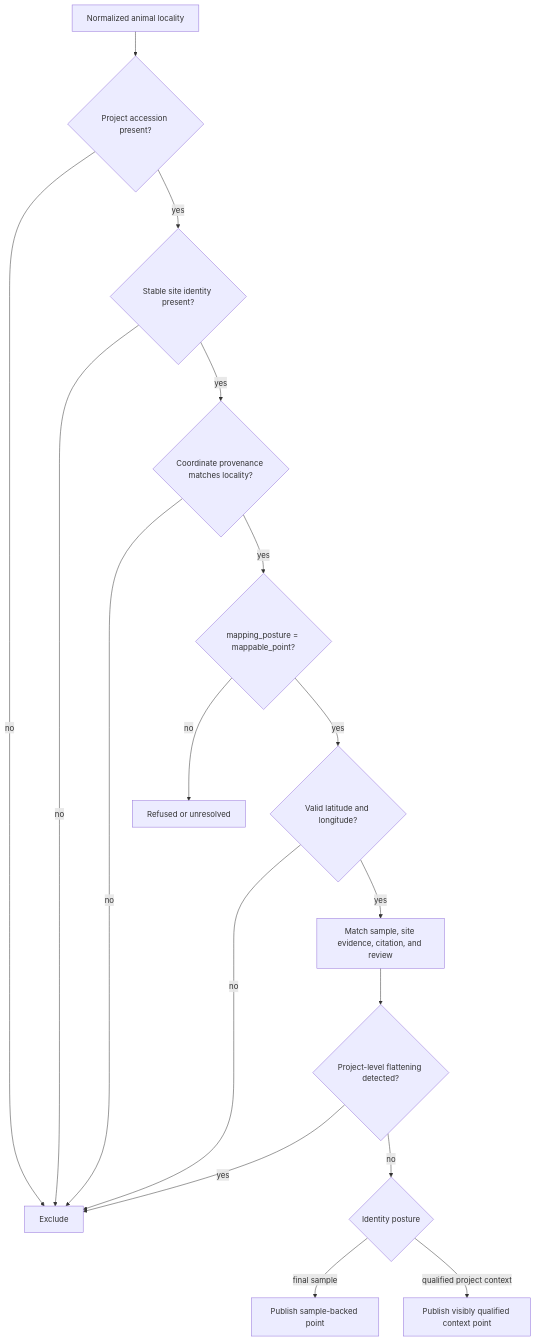
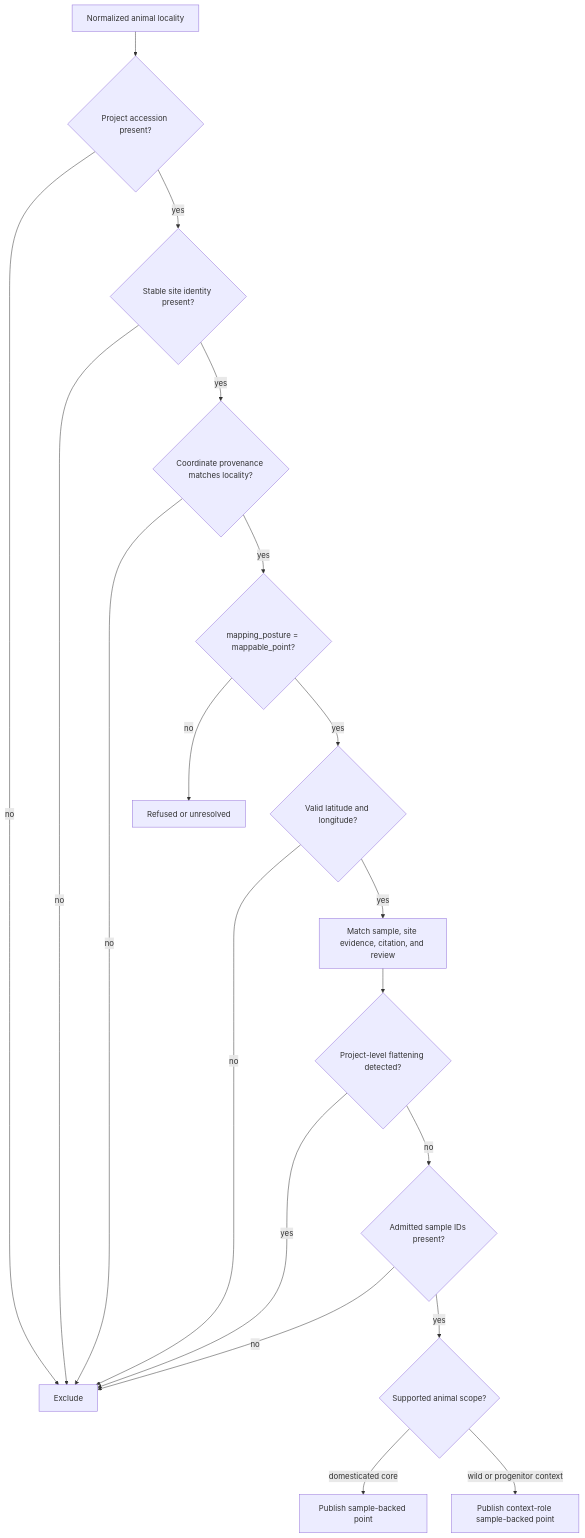
Before and after one commit to bijux/bijux-pollenomics: the first of 4 diagrams in docs/public/pollenomics-data/publications/point-rules.md, drawn with Mermaid. The commit also changed other lines of this file and 26 other files, not shown here.

````diff
--- a/docs/public/pollenomics-data/publications/point-rules.md
+++ b/docs/public/pollenomics-data/publications/point-rules.md
@@ -56,19 +56,21 @@
 ```mermaid
 flowchart TD
     A[Normalized animal locality] --> B{Project accession present?}
     B -->|no| X[Exclude]
     B -->|yes| C{Stable site identity present?}
     C -->|no| X
     C -->|yes| D{Coordinate provenance matches locality?}
     D -->|no| X
     D -->|yes| E{mapping_posture = mappable_point?}
     E -->|no| Y[Refused or unresolved]
     E -->|yes| F{Valid latitude and longitude?}
     F -->|no| X
     F -->|yes| G[Match sample, site evidence, citation, and review]
     G --> H{Project-level flattening detected?}
     H -->|yes| X
-    H -->|no| I{Identity posture}
-    I -->|final sample| P[Publish sample-backed point]
-    I -->|qualified project context| Q[Publish visibly qualified context point]
+    H -->|no| I{Admitted sample IDs present?}
+    I -->|no| X
+    I -->|yes| J{Supported animal scope?}
+    J -->|domesticated core| P[Publish sample-backed point]
+    J -->|wild or progenitor context| Q[Publish context-role sample-backed point]
 ```
````
